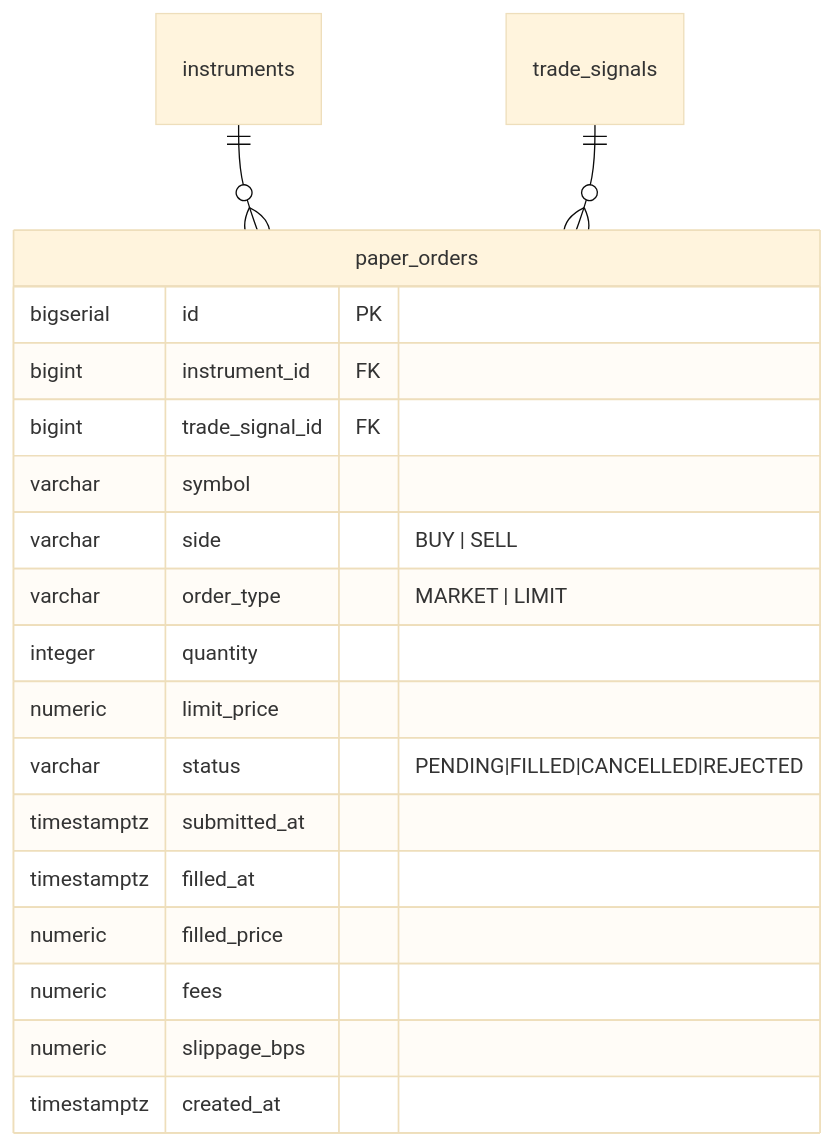
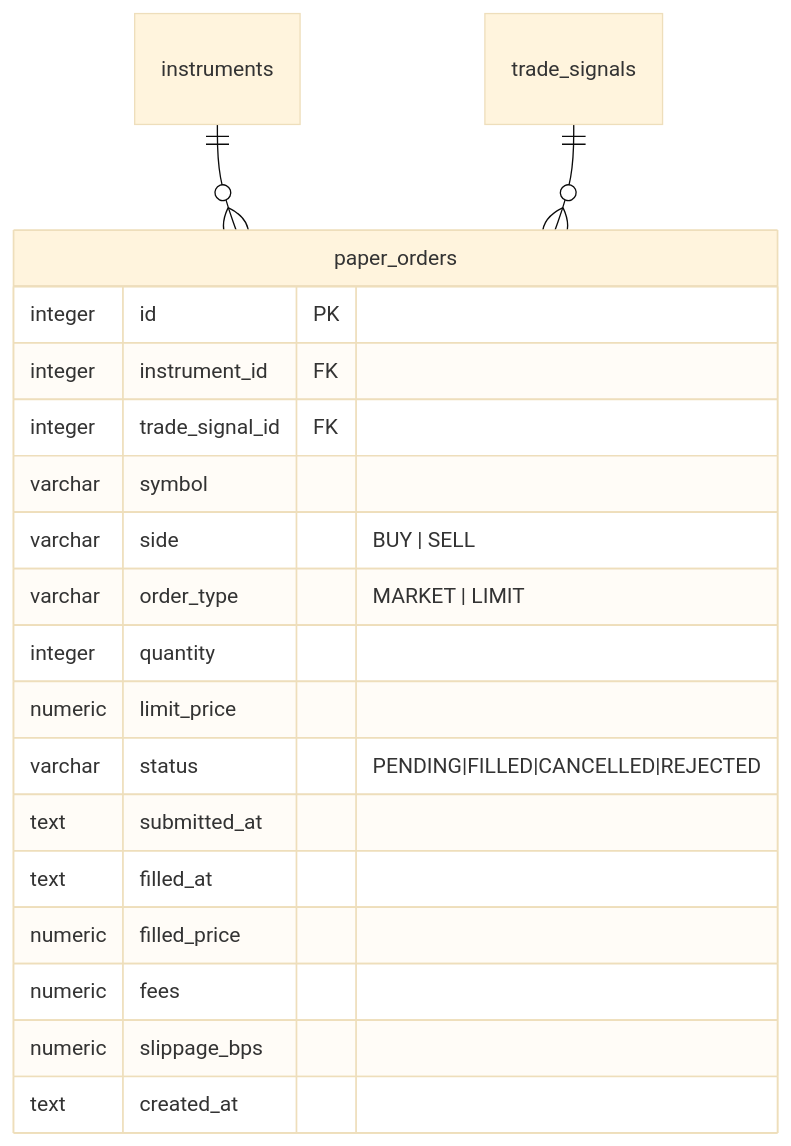
Before and after one commit to ousiassllc/pitha-trador: the sixth of 12 diagrams in docs/architecture/er.md, drawn with Mermaid (base theme). The commit also changed other lines of this file and 5 other files, not shown here.

````diff
--- a/docs/architecture/er.md
+++ b/docs/architecture/er.md
@@ -203,22 +220,22 @@
 ```mermaid
 erDiagram
     instruments ||--o{ paper_orders : ""
     trade_signals ||--o{ paper_orders : ""
     paper_orders {
-        bigserial id PK
-        bigint instrument_id FK
-        bigint trade_signal_id FK
+        integer id PK
+        integer instrument_id FK
+        integer trade_signal_id FK
         varchar symbol
         varchar side "BUY | SELL"
         varchar order_type "MARKET | LIMIT"
         integer quantity
         numeric limit_price
         varchar status "PENDING|FILLED|CANCELLED|REJECTED"
-        timestamptz submitted_at
-        timestamptz filled_at
+        text submitted_at
+        text filled_at
         numeric filled_price
         numeric fees
         numeric slippage_bps
-        timestamptz created_at
+        text created_at
     }
 ```
````
